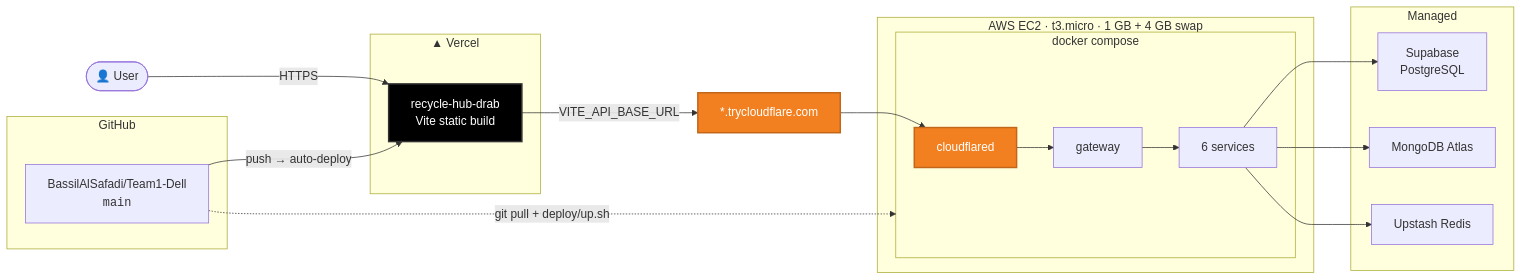
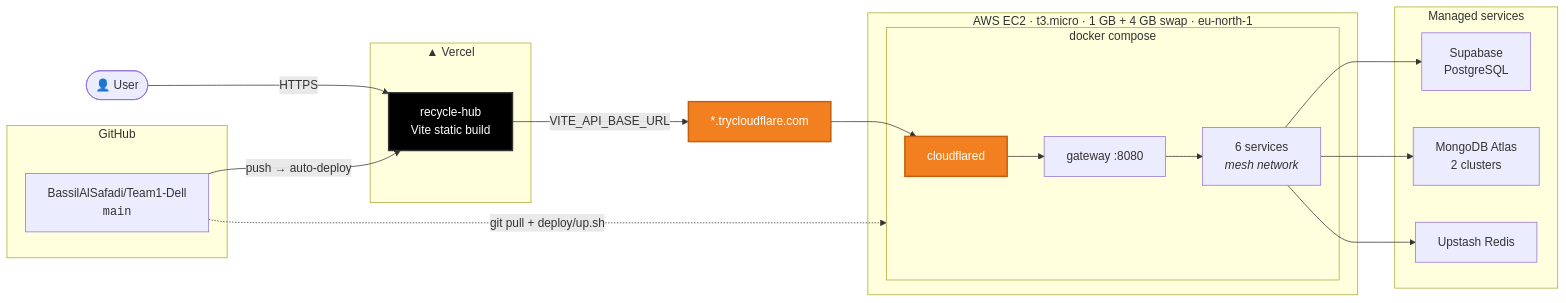
One commit to BassilAlSafadi/Team1-Dell changed the ninth of 9 diagrams in README.md. Above: the diagram before and after it, drawn with Mermaid. The commit also changed other lines of this file, not shown here.

First line of the commit message:
Expand README: reproduce the full 8-layer architecture diagram

````diff
--- a/README.md
+++ b/README.md
@@ -639,40 +1177,39 @@
 ```mermaid
 graph LR
     subgraph gh["GitHub"]
         REPO["BassilAlSafadi/Team1-Dell<br/><code>main</code>"]
     end
 
     subgraph vercel["▲ Vercel"]
-        V["recycle-hub-drab<br/>Vite static build"]
+        V["recycle-hub<br/>Vite static build"]
     end
 
-    subgraph aws["AWS EC2 · t3.micro · 1 GB + 4 GB swap"]
+    subgraph aws["AWS EC2 · t3.micro · 1 GB + 4 GB swap · eu-north-1"]
         subgraph dc["docker compose"]
-            CF["cloudflared"]
-            GWP["gateway"]
-            SVCS["6 services"]
+            CFD["cloudflared"]
+            GWP["gateway :8080"]
+            SVCS["6 services<br/><i>mesh network</i>"]
         end
     end
 
-    subgraph man["Managed"]
+    subgraph man["Managed services"]
         SB["Supabase<br/>PostgreSQL"]
-        AT["MongoDB Atlas"]
+        AT["MongoDB Atlas<br/>2 clusters"]
         UP["Upstash Redis"]
     end
 
     USER(["👤 User"]) -->|HTTPS| V
     V -->|"VITE_API_BASE_URL"| CFN["*.trycloudflare.com"]
-    CFN --> CF --> GWP --> SVCS
+    CFN --> CFD --> GWP --> SVCS
     SVCS --> SB
     SVCS --> AT
     SVCS --> UP
 
     REPO -->|"push → auto-deploy"| V
     REPO -.->|"git pull + deploy/up.sh"| dc
 
     classDef v fill:#000,stroke:#333,color:#fff,stroke-width:2px
-    classDef a fill:#FF9900,stroke:#cc7a00,color:#000,stroke-width:2px
-    classDef c fill:#F38020,stroke:#c26619,color:#fff,stroke-width:2px
+    classDef c fill:#F38020,stroke:#c25f10,color:#fff,stroke-width:2px
     class V v
-    class CF,CFN c
+    class CFD,CFN c
 ```
````
